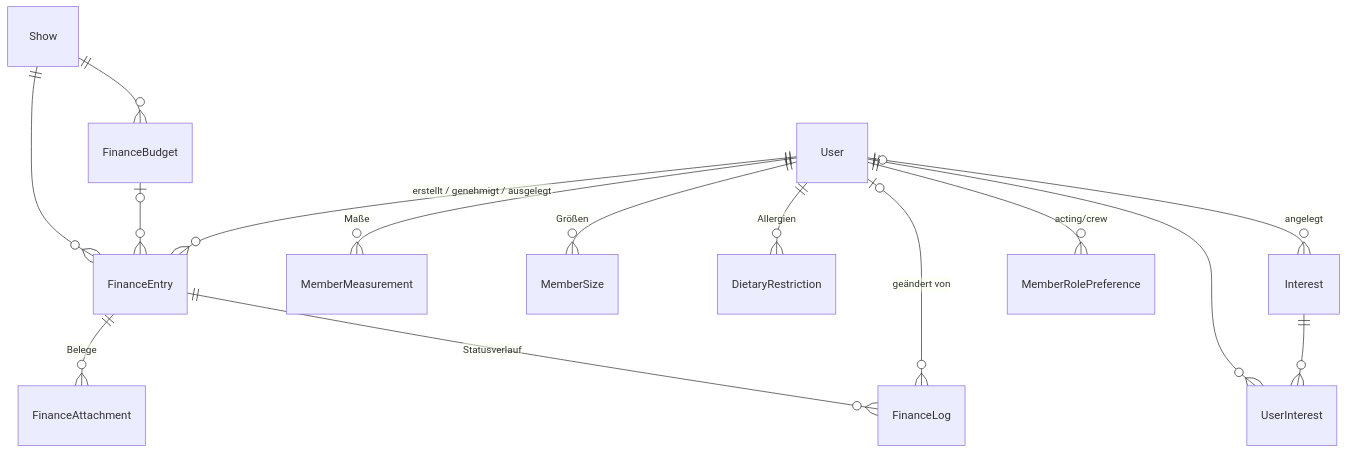
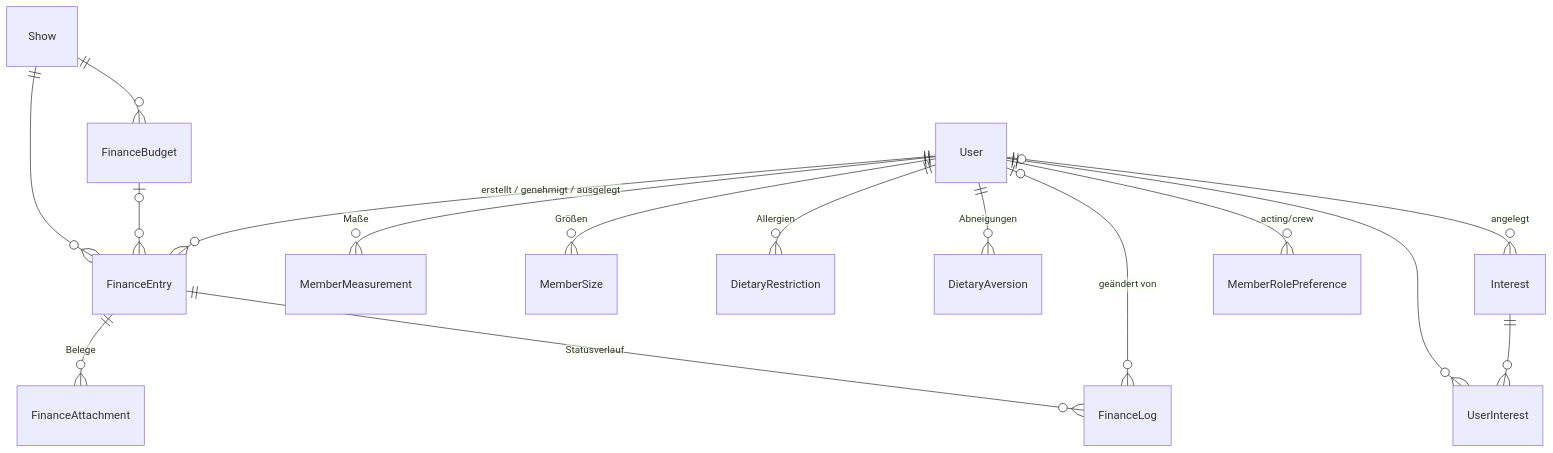
Before and after one commit to Schlossparktheater-Altrossthal/Website: the fifth of 6 diagrams in docs/datenmodell.md, drawn with Mermaid. The commit also changed other lines of this file and 3 other files, not shown here.

````diff
--- a/docs/datenmodell.md
+++ b/docs/datenmodell.md
@@ -174,17 +174,18 @@
 ```mermaid
 erDiagram
     Show ||--o{ FinanceBudget : ""
     Show ||--o{ FinanceEntry : ""
     FinanceBudget |o--o{ FinanceEntry : ""
     FinanceEntry ||--o{ FinanceAttachment : "Belege"
     FinanceEntry ||--o{ FinanceLog : "Statusverlauf"
     User ||--o{ FinanceEntry : "erstellt / genehmigt / ausgelegt"
     User |o--o{ FinanceLog : "geändert von"
     User ||--o{ MemberMeasurement : "Maße"
     User ||--o{ MemberSize : "Größen"
     User ||--o{ DietaryRestriction : "Allergien"
+    User ||--o{ DietaryAversion : "Abneigungen"
     User ||--o{ UserInterest : ""
     Interest ||--o{ UserInterest : ""
     User |o--o{ Interest : "angelegt"
     User ||--o{ MemberRolePreference : "acting/crew"
 ```
````
